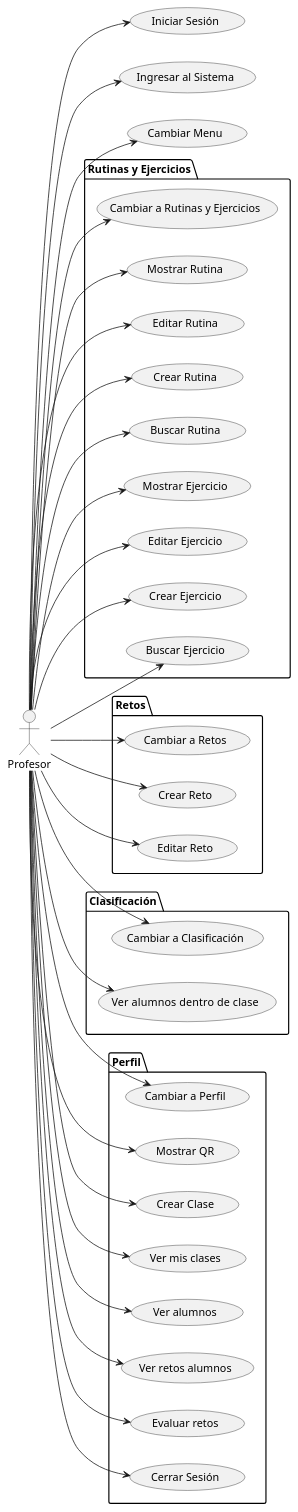
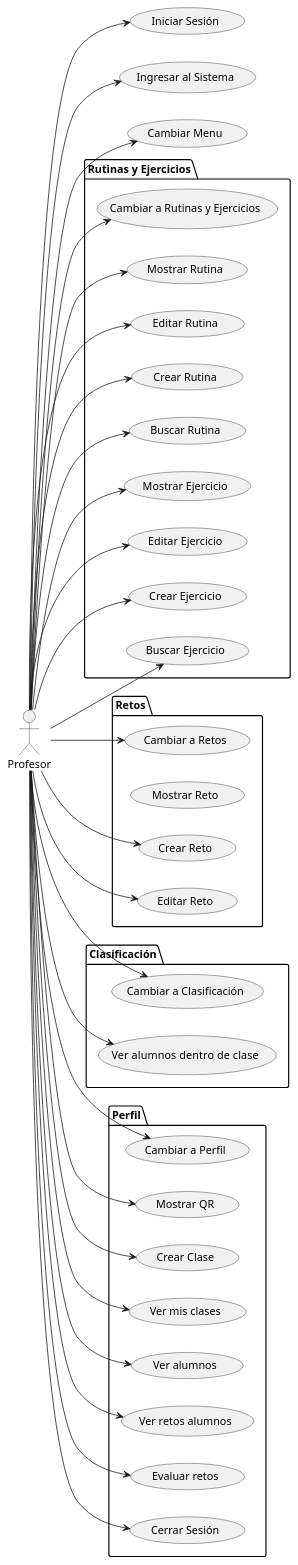
The diagram in Documentos/CasosUso/CdU_Profesor.puml (mmasias/24-25-IdSw1-SDR), drawn with PlantUML before and after one commit. The commit also changed 1 other file, not shown here.

Commit message:
Mostrar Reto

```diff
--- a/Documentos/CasosUso/CdU_Profesor.puml
+++ b/Documentos/CasosUso/CdU_Profesor.puml
@@ -1,73 +1,74 @@
 @startuml CdU_Profesor
 left to right direction
 actor Profesor
 
 package "Rutinas y Ejercicios" {
     usecase "Cambiar a Rutinas y Ejercicios" as CambiarARutinasYEjercicios
     usecase "Mostrar Rutina" as MostrarRutina
     usecase "Editar Rutina" as EditarRutina
     usecase "Crear Rutina" as CrearRutina
     usecase "Buscar Rutina" as BuscarRutina
     usecase "Mostrar Ejercicio" as MostrarEjercicio
     usecase "Editar Ejercicio" as EditarEjercicio
     usecase "Crear Ejercicio" as CrearEjercicio
     usecase "Buscar Ejercicio" as BuscarEjercicio
 }
 
 package "Retos" {
     usecase "Cambiar a Retos" as CambiarARetos
+    usecase "Mostrar Reto" as MostrarReto
     usecase "Crear Reto" as CrearReto
     usecase "Editar Reto" as EditarReto
 }
 
 package "Clasificación" {
     usecase "Cambiar a Clasificación" as CambiarAClasificacion
     usecase "Ver alumnos dentro  de clase" as VerAlumnosDentroDeClase
 }
 
 package "Perfil" {
     usecase "Cambiar a Perfil" as CambiarAPerfil
     usecase "Mostrar QR" as MostrarQR
     usecase "Crear Clase" as CrearClase
     usecase "Ver mis clases" as VerMisClases
     usecase "Ver alumnos" as VerAlumnos
     usecase "Ver retos alumnos" as VerRetosAlumnos
     usecase "Evaluar retos" as EvaluarRetos
     usecase "Cerrar Sesión" as CerrarSesion
 }
 
 
 usecase "Iniciar Sesión" as IniciarSesion
 usecase "Ingresar al Sistema" as IngresarAlSistema
 usecase "Cambiar Menu" as CambiarMenu
 
 Profesor --> IngresarAlSistema
 Profesor --> IniciarSesion
 Profesor --> CambiarMenu
 Profesor --> CerrarSesion
 
 Profesor --> CambiarARutinasYEjercicios
 Profesor --> MostrarRutina
 Profesor --> EditarRutina
 Profesor --> CrearRutina
 Profesor --> MostrarEjercicio
 Profesor --> EditarEjercicio
 Profesor --> CrearEjercicio
 Profesor --> BuscarEjercicio
 Profesor --> BuscarRutina
 Profesor --> CambiarARetos
 Profesor --> CrearReto
 Profesor --> EditarReto
 
 Profesor --> CambiarAClasificacion
 Profesor --> VerAlumnosDentroDeClase
 
 Profesor --> CambiarAPerfil
 Profesor --> MostrarQR
 Profesor --> CrearClase
 Profesor --> VerMisClases
 Profesor --> VerAlumnos
 Profesor --> VerRetosAlumnos
 Profesor --> EvaluarRetos
 
 @enduml
```
